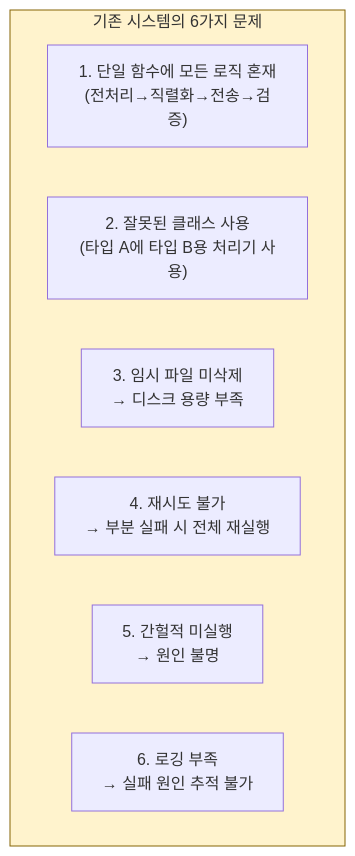
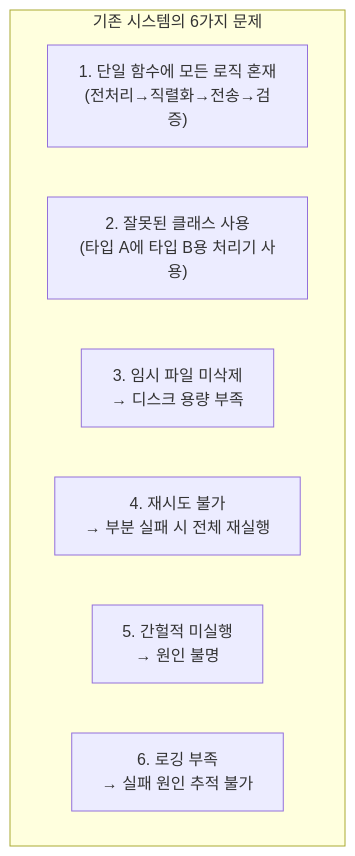
One commit to Gyubster/til changed the first of 6 diagrams in _posts/2025-08-21-kcb-레거시-리팩토링-비교-알람을-활용한-안전한-마이그레이션.md. Above: the diagram before and after it, drawn with Mermaid. The commit also changed 13 other files, not shown here.

Commit message:
Mermaid 렌더링 수정: subgraph style 명령 제거

````diff
--- a/_posts/2025-08-21-kcb-레거시-리팩토링-비교-알람을-활용한-안전한-마이그레이션.md
+++ b/_posts/2025-08-21-kcb-레거시-리팩토링-비교-알람을-활용한-안전한-마이그레이션.md
@@ -15,12 +15,11 @@
 ```mermaid
 flowchart TD
     subgraph problems["기존 시스템의 6가지 문제"]
         A["1. 단일 함수에 모든 로직 혼재<br>(전처리→직렬화→전송→검증)"]
         B["2. 잘못된 클래스 사용<br>(타입 A에 타입 B용 처리기 사용)"]
         C["3. 임시 파일 미삭제<br>→ 디스크 용량 부족"]
         D["4. 재시도 불가<br>→ 부분 실패 시 전체 재실행"]
         E["5. 간헐적 미실행<br>→ 원인 불명"]
         F["6. 로깅 부족<br>→ 실패 원인 추적 불가"]
     end
-    style problems fill:#fff3cd,stroke:#856404
 ```
````
